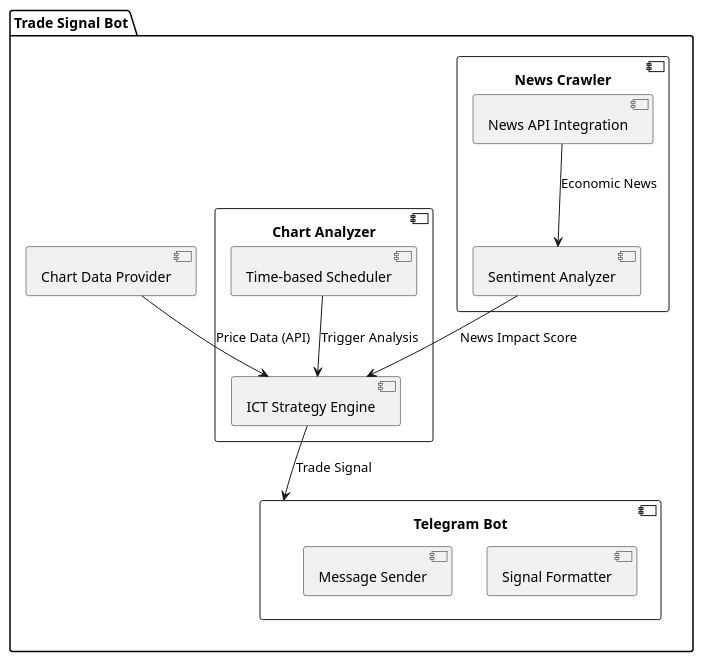
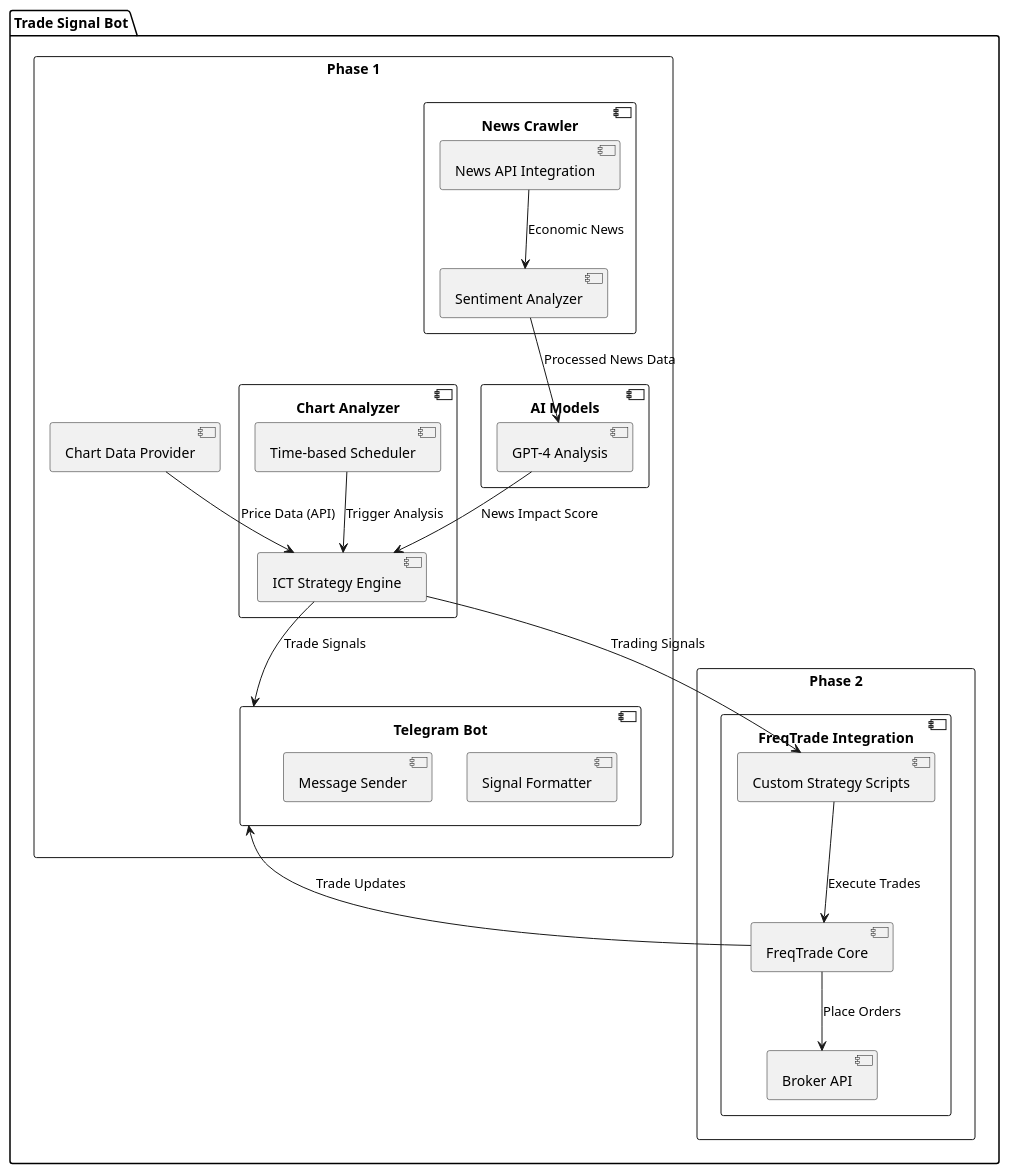
One commit to satriachandrayw/trade-gpt changed the diagram in docs/diagrams/trade-signal-bot.puml. Above: the diagram before and after it, drawn with PlantUML. The commit also changed 6 other files, not shown here.

Commit message:
docs: update documentation: adding freqtrade as trading bot

```diff
--- a/docs/diagrams/trade-signal-bot.puml
+++ b/docs/diagrams/trade-signal-bot.puml
@@ -1,24 +1,48 @@
 @startuml
 package "Trade Signal Bot" {
-  component "Chart Analyzer" {
-    [ICT Strategy Engine]
-    [Time-based Scheduler]
+
+  rectangle "Phase 1" {
+    component "Chart Analyzer" {
+      [ICT Strategy Engine]
+      [Time-based Scheduler]
+    }
+
+    component "News Crawler" {
+      [News API Integration]
+      [Sentiment Analyzer]
+    }
+
+    component "AI Models" {
+      [GPT-4 Analysis]
+    }
+
+    component "Telegram Bot" {
+      [Signal Formatter]
+      [Message Sender]
+    }
+
+    [Chart Data Provider] --> [ICT Strategy Engine] : "Price Data (API)"
+    [ICT Strategy Engine] --> [Telegram Bot] : "Trade Signals"
+
+    [News API Integration] --> [Sentiment Analyzer] : "Economic News"
+    [Sentiment Analyzer] --> [GPT-4 Analysis] : "Processed News Data"
+    [GPT-4 Analysis] --> [ICT Strategy Engine] : "News Impact Score"
+
+    [Time-based Scheduler] --> [ICT Strategy Engine] : "Trigger Analysis"
   }
-  
-  component "News Crawler" {
-    [News API Integration]
-    [Sentiment Analyzer]
+
+  rectangle "Phase 2" {
+    component "FreqTrade Integration" {
+      [Custom Strategy Scripts]
+      [FreqTrade Core]
+      [Broker API]
+    }
+
+    [ICT Strategy Engine] --> [Custom Strategy Scripts] : "Trading Signals"
+    [Custom Strategy Scripts] --> [FreqTrade Core] : "Execute Trades"
+    [FreqTrade Core] --> [Broker API] : "Place Orders"
+    [FreqTrade Core] --> [Telegram Bot] : "Trade Updates"
   }
-  
-  component "Telegram Bot" {
-    [Signal Formatter]
-    [Message Sender]
-  }
-  
-  [Chart Data Provider] --> [ICT Strategy Engine] : "Price Data (API)"
-  [ICT Strategy Engine] --> [Telegram Bot] : "Trade Signal"
-  [News API Integration] --> [Sentiment Analyzer] : "Economic News"
-  [Sentiment Analyzer] --> [ICT Strategy Engine] : "News Impact Score"
-  [Time-based Scheduler] --> [ICT Strategy Engine] : "Trigger Analysis"
+
 }
 @enduml
```
